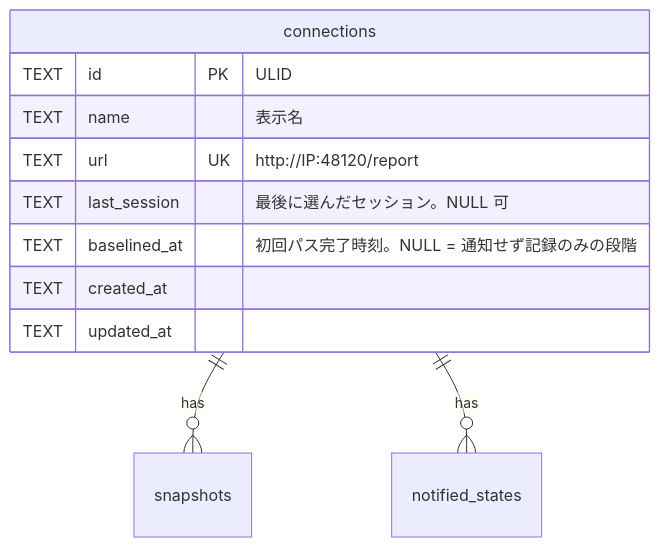
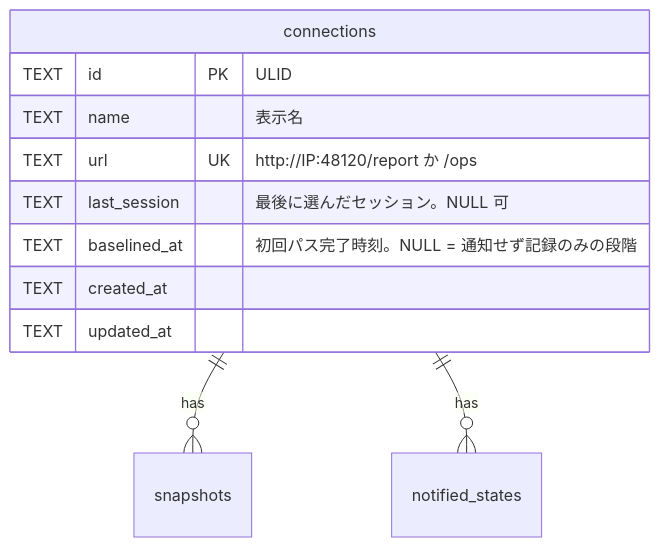
The second of 5 diagrams in docs/architecture/er.md (ousiassllc/swarm-viewer), drawn with Mermaid before and after one commit. The commit also changed other lines of this file and 11 other files, not shown here.

````diff
--- a/docs/architecture/er.md
+++ b/docs/architecture/er.md
@@ -44,14 +44,14 @@
 ```mermaid
 erDiagram
     connections {
         TEXT id PK "ULID"
         TEXT name "表示名"
-        TEXT url UK "http://IP:48120/report"
+        TEXT url UK "http://IP:48120/report か /ops"
         TEXT last_session "最後に選んだセッション。NULL 可"
         TEXT baselined_at "初回パス完了時刻。NULL = 通知せず記録のみの段階"
         TEXT created_at
         TEXT updated_at
     }
     connections ||--o{ snapshots : "has"
     connections ||--o{ notified_states : "has"
 ```
````
